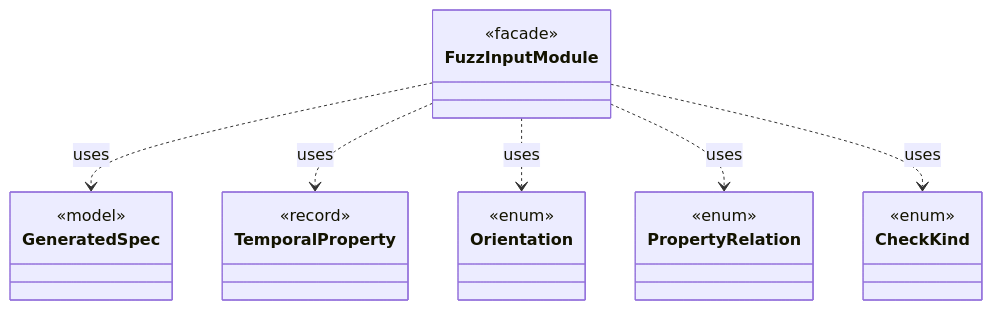
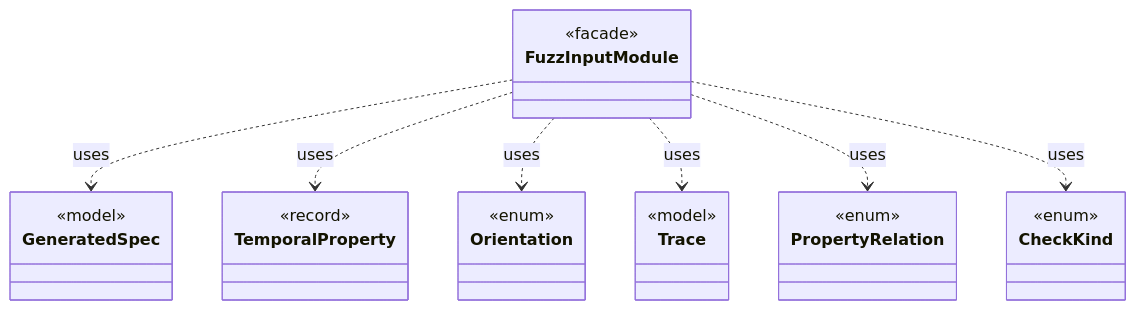
One commit to tlaplus/model-checker-hardening changed the diagram in dev/types/io.github.tlaplus.hardening.workflow.spec.FuzzInputModule.md. Above: the diagram before and after it, drawn with Mermaid. The commit also changed other lines of this file and 454 other files, not shown here.

````diff
--- a/dev/types/io.github.tlaplus.hardening.workflow.spec.FuzzInputModule.md
+++ b/dev/types/io.github.tlaplus.hardening.workflow.spec.FuzzInputModule.md
@@ -7,26 +7,30 @@
 ```mermaid
 classDiagram
   class FuzzInputModule {
     <<facade>>
   }
   class GeneratedSpec {
     <<model>>
   }
   class TemporalProperty {
     <<record>>
   }
   class Orientation {
     <<enum>>
   }
+  class Trace {
+    <<model>>
+  }
   class PropertyRelation {
     <<enum>>
   }
   class CheckKind {
     <<enum>>
   }
   FuzzInputModule ..> GeneratedSpec : uses
   FuzzInputModule ..> TemporalProperty : uses
   FuzzInputModule ..> Orientation : uses
+  FuzzInputModule ..> Trace : uses
   FuzzInputModule ..> PropertyRelation : uses
   FuzzInputModule ..> CheckKind : uses
 ```
````
